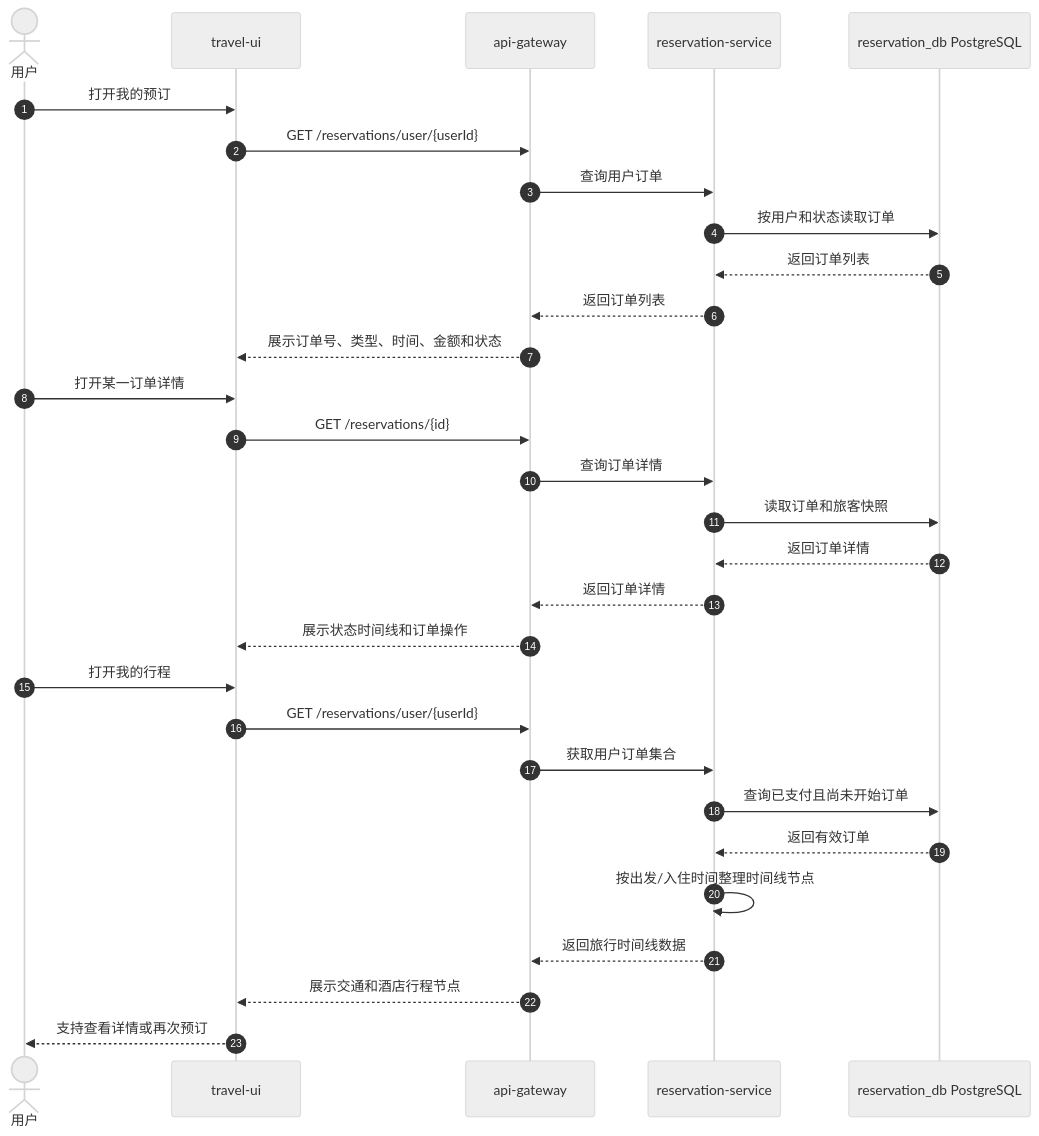
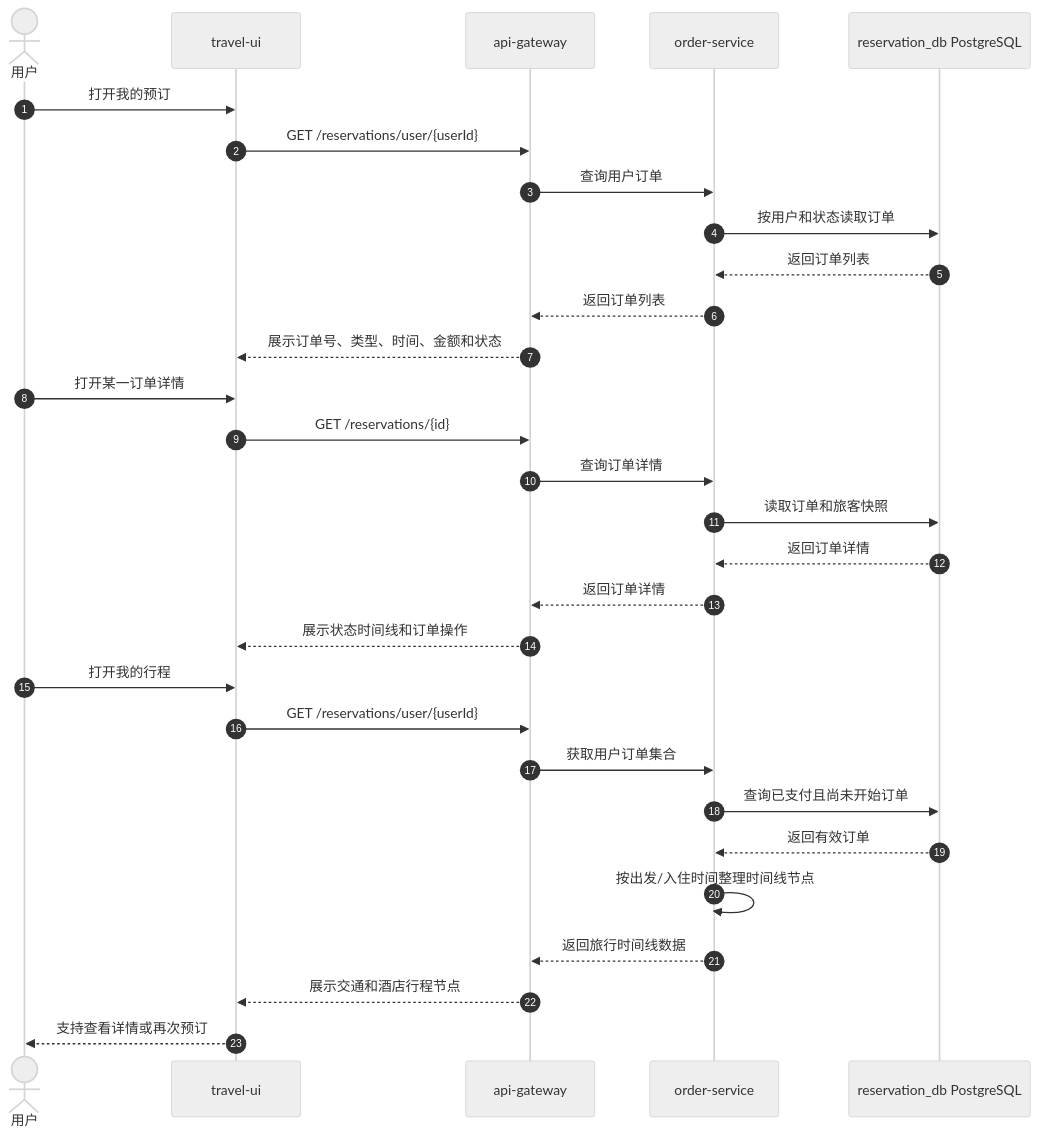
One commit to QzlabQ/TravelOn changed the seventh of 9 diagrams in docs/概要设计.md. Above: the diagram before and after it, drawn with Mermaid (neutral theme). The commit also changed other lines of this file and 11 other files, not shown here.

````diff
--- a/docs/概要设计.md
+++ b/docs/概要设计.md
@@ -586,35 +569,35 @@
 ```mermaid
 sequenceDiagram
     autonumber
     actor User as 用户
     participant UI as travel-ui
     participant GW as api-gateway
-    participant RS as reservation-service
+    participant RS as order-service
     participant DB as reservation_db PostgreSQL
 
     User->>UI: 打开我的预订
     UI->>GW: GET /reservations/user/{userId}
     GW->>RS: 查询用户订单
     RS->>DB: 按用户和状态读取订单
     DB-->>RS: 返回订单列表
     RS-->>GW: 返回订单列表
     GW-->>UI: 展示订单号、类型、时间、金额和状态
 
     User->>UI: 打开某一订单详情
     UI->>GW: GET /reservations/{id}
     GW->>RS: 查询订单详情
     RS->>DB: 读取订单和旅客快照
     DB-->>RS: 返回订单详情
     RS-->>GW: 返回订单详情
     GW-->>UI: 展示状态时间线和订单操作
 
     User->>UI: 打开我的行程
     UI->>GW: GET /reservations/user/{userId}
     GW->>RS: 获取用户订单集合
     RS->>DB: 查询已支付且尚未开始订单
     DB-->>RS: 返回有效订单
     RS->>RS: 按出发/入住时间整理时间线节点
     RS-->>GW: 返回旅行时间线数据
     GW-->>UI: 展示交通和酒店行程节点
     UI-->>User: 支持查看详情或再次预订
 ```
````
